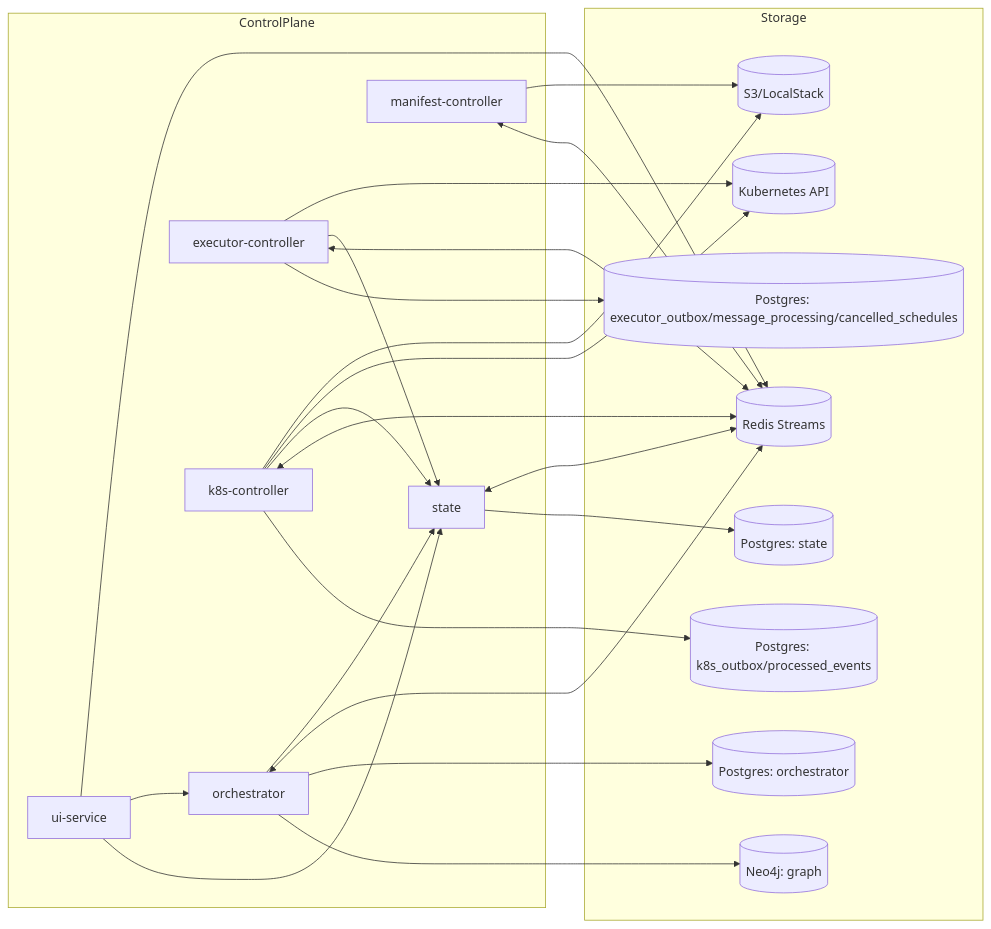
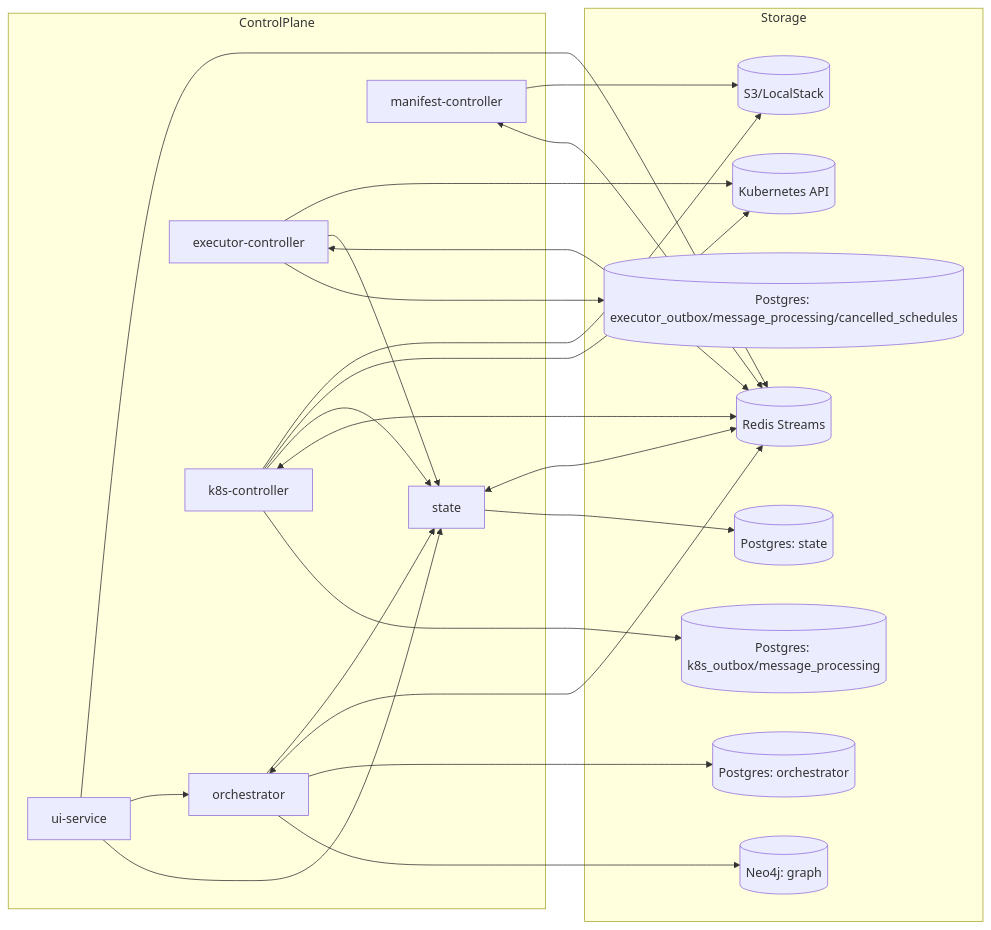
The first of 2 diagrams in docs/arch/01-topology.md (carolsimone/continuo), drawn with Mermaid before and after one commit. The commit also changed other lines of this file and 3 other files, not shown here.

````diff
--- a/docs/arch/01-topology.md
+++ b/docs/arch/01-topology.md
@@ -5,46 +5,46 @@
 ```mermaid
 flowchart LR
   subgraph ControlPlane
     ST[state]
     OR[orchestrator]
     EC[executor-controller]
     KC[k8s-controller]
     MC[manifest-controller]
     UI[ui-service]
   end
 
   subgraph Storage
     STDB[(Postgres: state)]
     ORPG[(Postgres: orchestrator)]
     GRDB[(Neo4j: graph)]
     ECPG[(Postgres: executor_outbox/message_processing/cancelled_schedules)]
-    KCPG[(Postgres: k8s_outbox/processed_events)]
+    KCPG[(Postgres: k8s_outbox/message_processing)]
     S3[(S3/LocalStack)]
     K8S[(Kubernetes API)]
     R[(Redis Streams)]
   end
 
   ST --> STDB
   OR --> GRDB
   OR --> ORPG
   EC --> ECPG
   KC --> KCPG
 
   ST <--> R
   OR <--> R
   EC <--> R
   KC <--> R
   MC <--> R
 
   OR --> ST
   EC --> ST
   KC --> ST
   UI --> ST
   UI --> OR
   UI --> R
 
   EC --> K8S
   KC --> K8S
   KC --> S3
   MC --> S3
 ```
````
